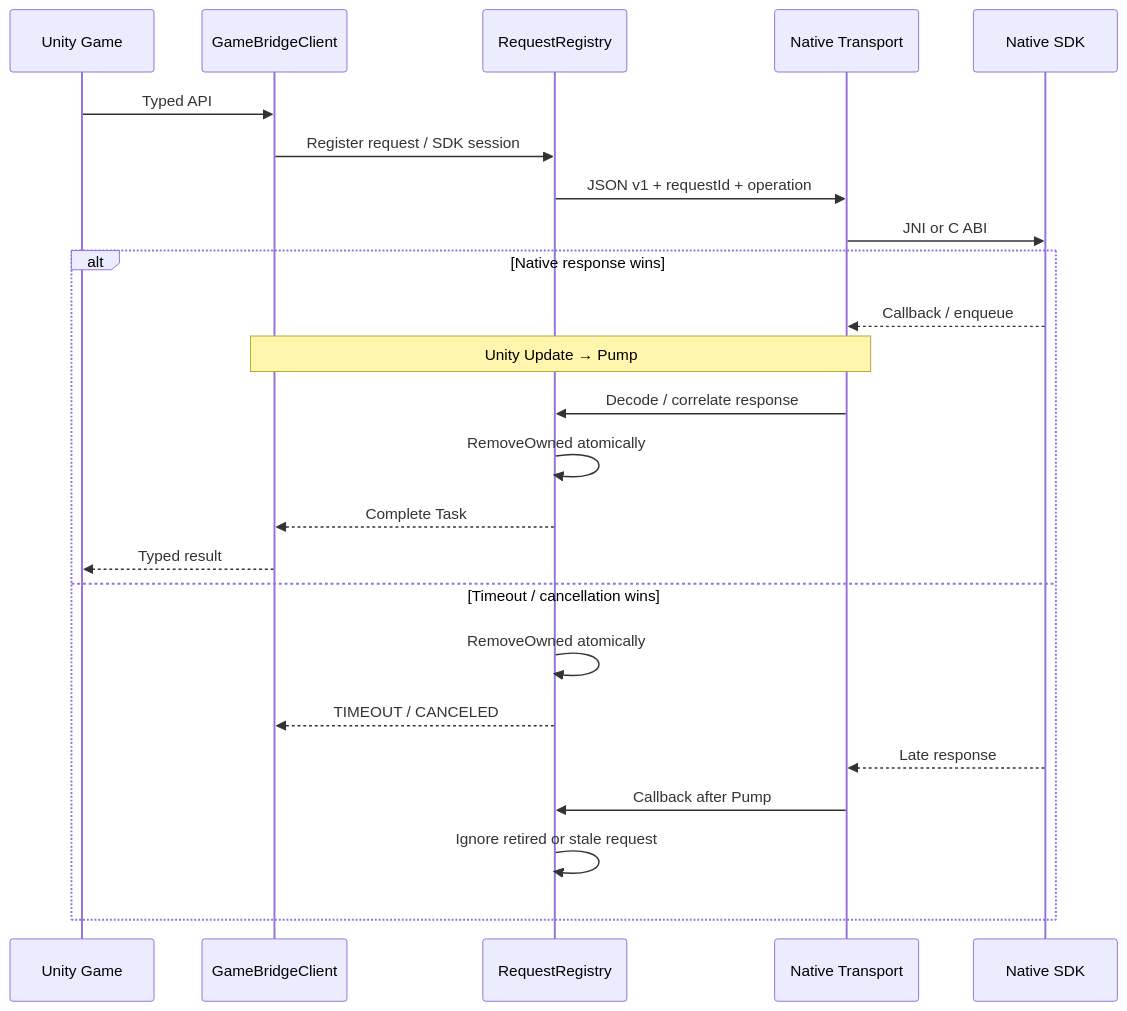
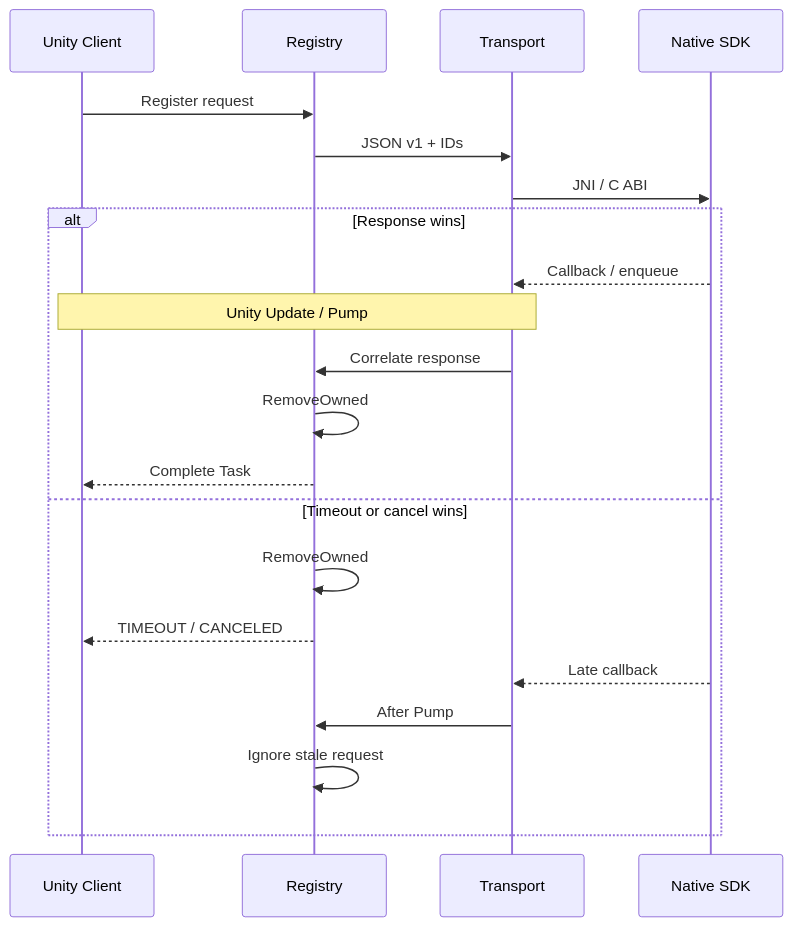
One commit to CodingBot000/GameBridge_SDK changed the second of 5 diagrams in docs/TECHNICAL_OVERVIEW.md. Above: the diagram before and after it, drawn with Mermaid. The commit also changed other lines of this file and 4 other files, not shown here.

Commit message:
docs: validate portfolio diagrams and index public verification evidence (#22)

````diff
--- a/docs/TECHNICAL_OVERVIEW.md
+++ b/docs/TECHNICAL_OVERVIEW.md
@@ -113,26 +71,23 @@
 ```mermaid
 sequenceDiagram
-    participant G as Unity Game
-    participant C as GameBridgeClient
-    participant R as RequestRegistry
-    participant T as Native Transport
+    participant C as Unity Client
+    participant R as Registry
+    participant T as Transport
     participant N as Native SDK
-    G->>C: Typed API
-    C->>R: Register request / SDK session
-    R->>T: JSON v1 + requestId + operation
-    T->>N: JNI or C ABI
-    alt Native response wins
+    C->>R: Register request
+    R->>T: JSON v1 + IDs
+    T->>N: JNI / C ABI
+    alt Response wins
         N-->>T: Callback / enqueue
-        Note over C,T: Unity Update → Pump
-        T->>R: Decode / correlate response
-        R->>R: RemoveOwned atomically
+        Note over C,T: Unity Update / Pump
+        T->>R: Correlate response
+        R->>R: RemoveOwned
         R-->>C: Complete Task
-        C-->>G: Typed result
-    else Timeout / cancellation wins
-        R->>R: RemoveOwned atomically
+    else Timeout or cancel wins
+        R->>R: RemoveOwned
         R-->>C: TIMEOUT / CANCELED
-        N-->>T: Late response
-        T->>R: Callback after Pump
-        R->>R: Ignore retired or stale request
+        N-->>T: Late callback
+        T->>R: After Pump
+        R->>R: Ignore stale request
     end
 ```
````
